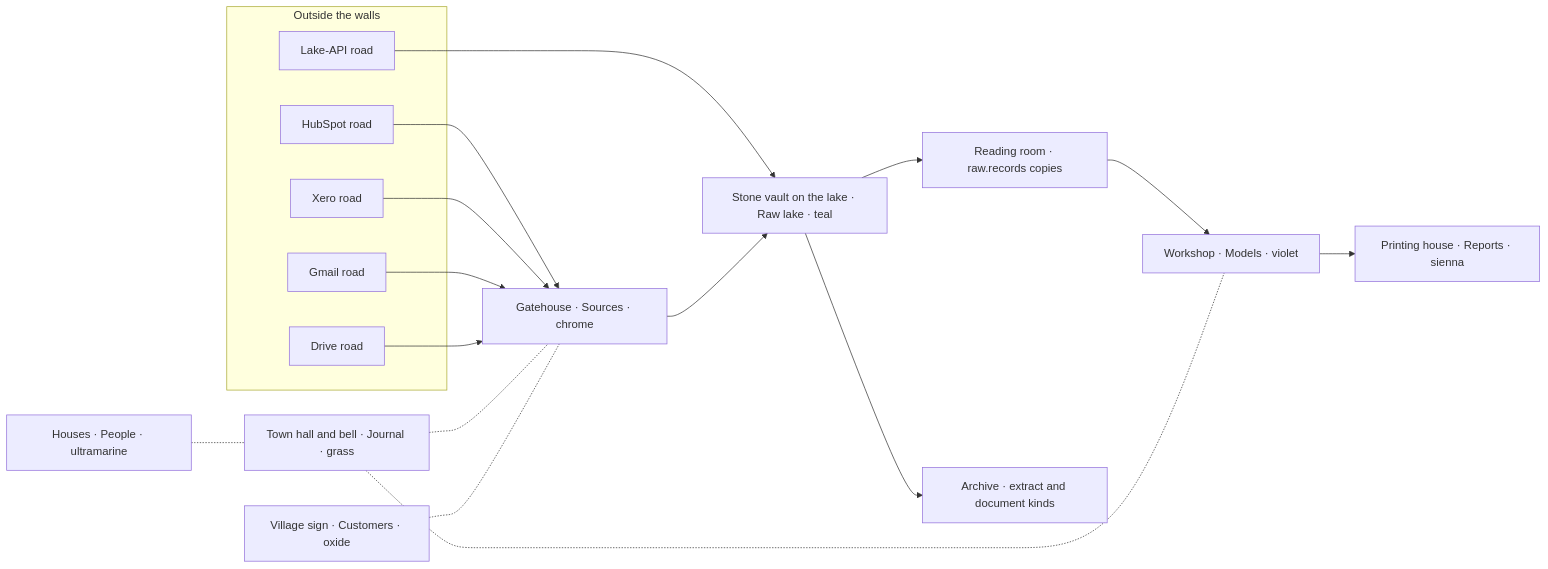
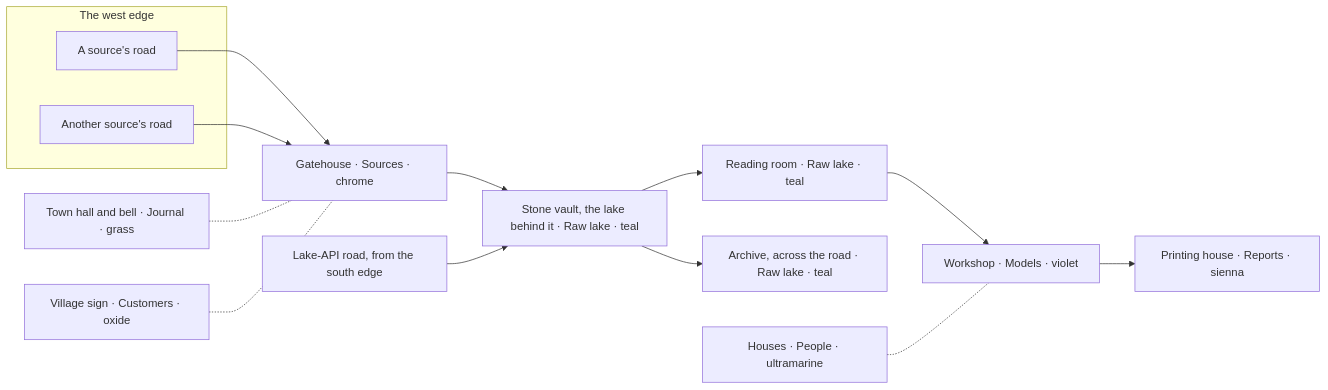
One commit to muitneliss/undercroft changed the diagram in docs/design/village.md. Above: the diagram before and after it, drawn with Mermaid. The commit also changed other lines of this file and 17 other files, not shown here.

````diff
--- a/docs/design/village.md
+++ b/docs/design/village.md
@@ -47,33 +58,28 @@
 ```mermaid
 flowchart LR
-  subgraph outside["Outside the walls"]
-    road1["HubSpot road"]
-    road2["Xero road"]
-    road3["Gmail road"]
-    road4["Drive road"]
-    apiroad["Lake-API road"]
+  subgraph west["The west edge"]
+    road1["A source's road"]
+    road2["Another source's road"]
   end
+  api["Lake-API road, from the south edge"]
   gate["Gatehouse · Sources · chrome"]
   hall["Town hall and bell · Journal · grass"]
-  vault["Stone vault on the lake · Raw lake · teal"]
-  reading["Reading room · raw.records copies"]
-  archive["Archive · extract and document kinds"]
+  vault["Stone vault, the lake behind it · Raw lake · teal"]
+  reading["Reading room · Raw lake · teal"]
+  archive["Archive, across the road · Raw lake · teal"]
   workshop["Workshop · Models · violet"]
   press["Printing house · Reports · sienna"]
   houses["Houses · People · ultramarine"]
   sign["Village sign · Customers · oxide"]
   road1 --> gate
   road2 --> gate
-  road3 --> gate
-  road4 --> gate
-  apiroad --> vault
   gate --> vault
+  api --> vault
   vault --> reading
   vault --> archive
   reading --> workshop
   workshop --> press
   hall -.- gate
-  hall -.- workshop
   sign -.- gate
-  houses -.- hall
+  houses -.- workshop
 ```
````
